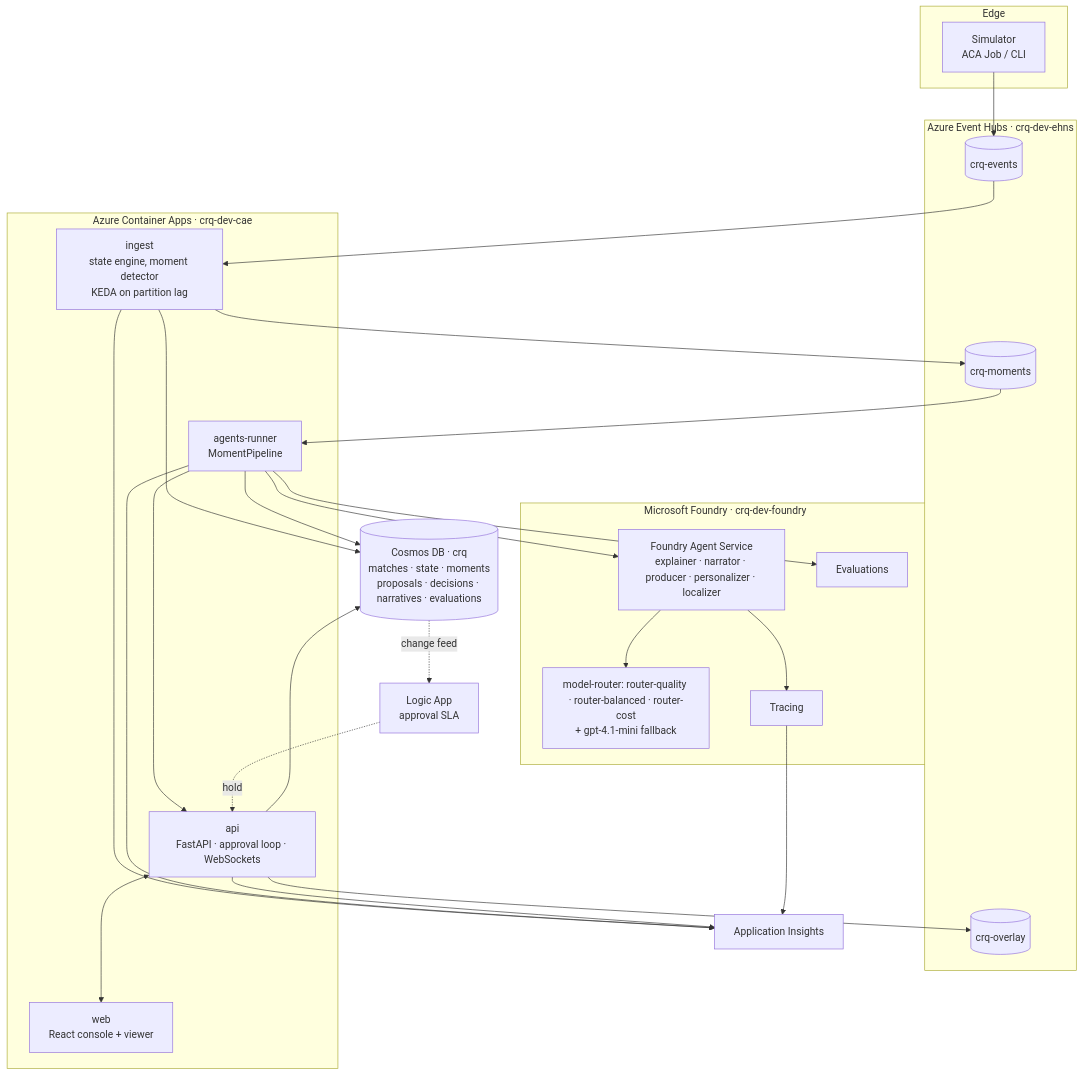
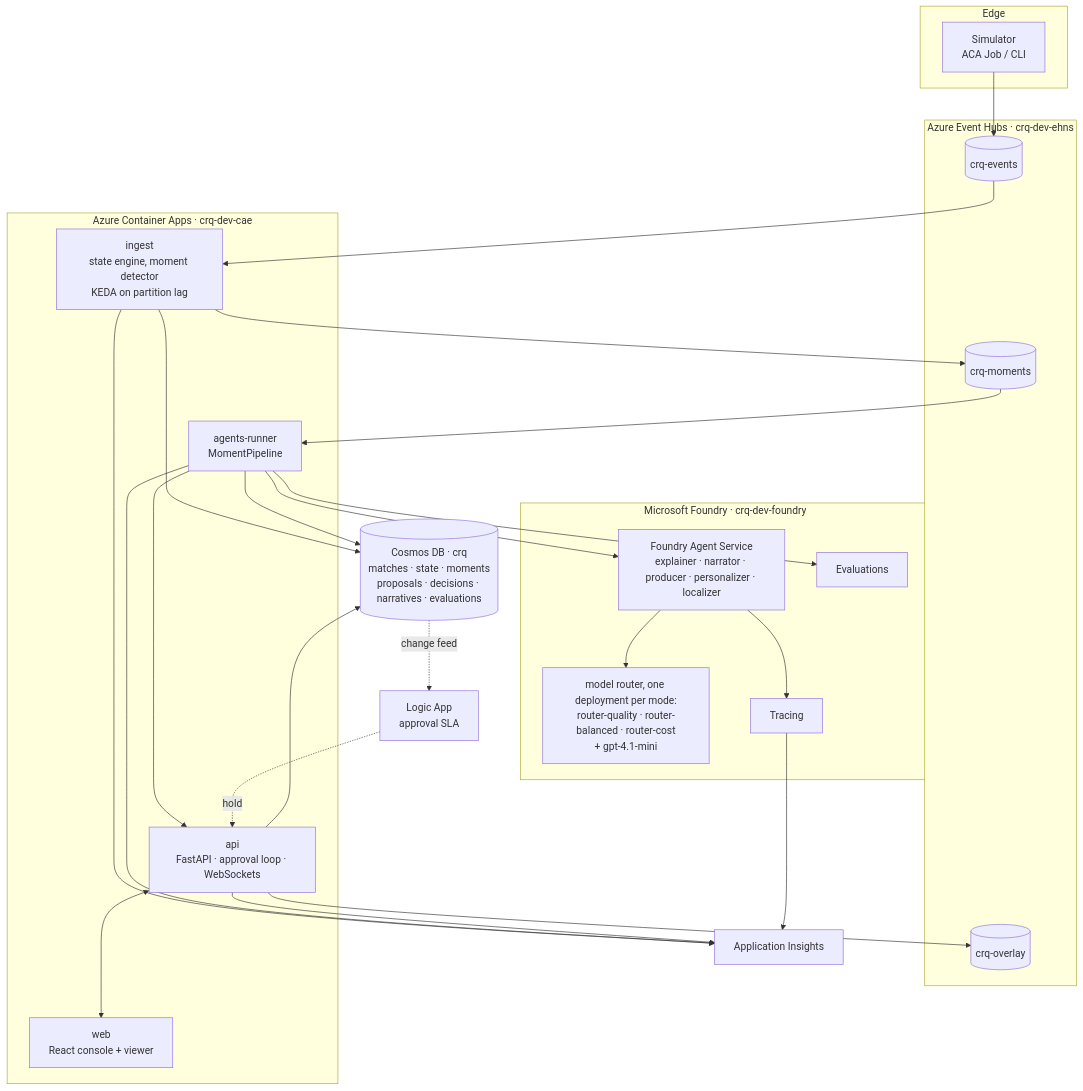
The second of 4 diagrams in docs/ARCHITECTURE.md (SwamiBB/control-room-iq), drawn with Mermaid before and after one commit. The commit also changed other lines of this file and 12 other files, not shown here.

First line of the commit message:
Put every managed-identity role in Bicep and drop the unused model-router (#70 review)

````diff
--- a/docs/ARCHITECTURE.md
+++ b/docs/ARCHITECTURE.md
@@ -23,38 +23,38 @@
 ```mermaid
 flowchart TB
     subgraph Edge
         SIM[Simulator<br/>ACA Job / CLI]
     end
     subgraph Stream["Azure Event Hubs · crq-dev-ehns"]
         EH1[(crq-events)]
         EH2[(crq-moments)]
         EH3[(crq-overlay)]
     end
     subgraph ACA["Azure Container Apps · crq-dev-cae"]
         ING[ingest<br/>state engine, moment detector<br/>KEDA on partition lag]
         AGR[agents-runner<br/>MomentPipeline]
         API[api<br/>FastAPI · approval loop · WebSockets]
         WEB[web<br/>React console + viewer]
     end
     subgraph Foundry["Microsoft Foundry · crq-dev-foundry"]
         AGS[Foundry Agent Service<br/>explainer · narrator · producer · personalizer · localizer]
-        MR[model-router: router-quality · router-balanced · router-cost<br/>+ gpt-4.1-mini fallback]
+        MR[model router, one deployment per mode:<br/>router-quality · router-balanced · router-cost<br/>+ gpt-4.1-mini]
         EVAL[Evaluations]
         TR[Tracing]
     end
     COS[(Cosmos DB · crq<br/>matches · state · moments<br/>proposals · decisions · narratives · evaluations)]
     LA[Logic App<br/>approval SLA]
     AI[Application Insights]
     SIM --> EH1 --> ING --> EH2 --> AGR
     ING --> COS
     AGR --> AGS --> MR
     AGR --> EVAL
     AGR --> COS
     AGR --> API
     API --> COS
     API --> EH3
     COS -. change feed .-> LA -. hold .-> API
     API <---> WEB
     ING & AGR & API --> AI
     AGS --> TR --> AI
 ```
````
